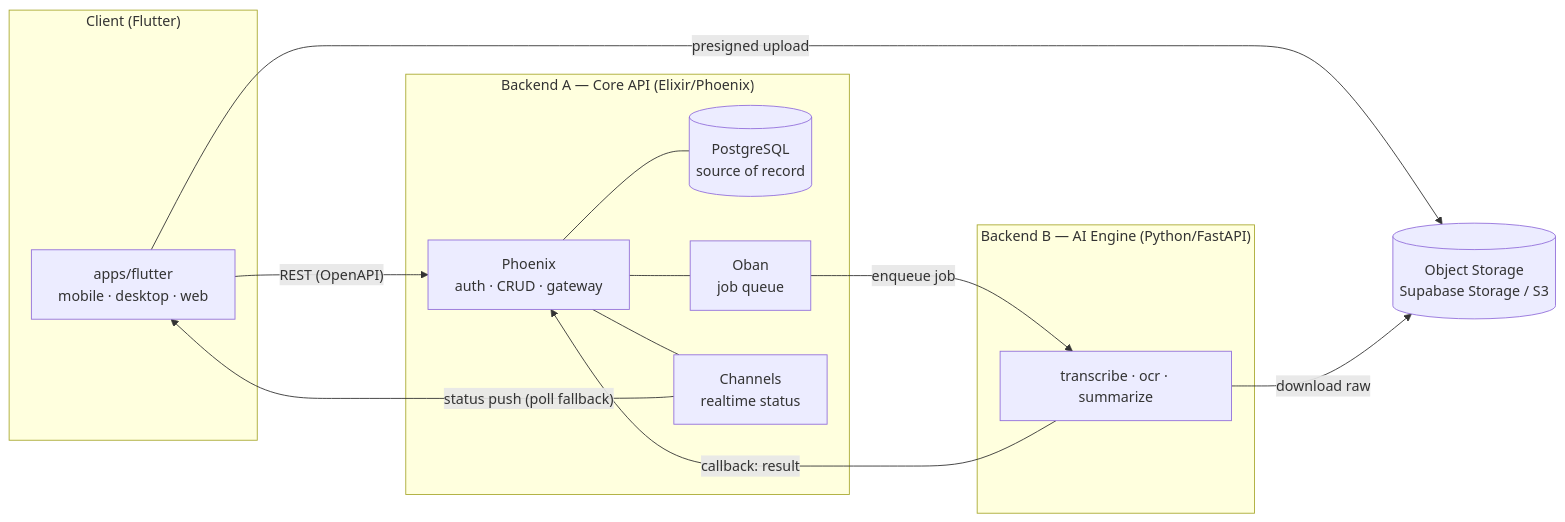
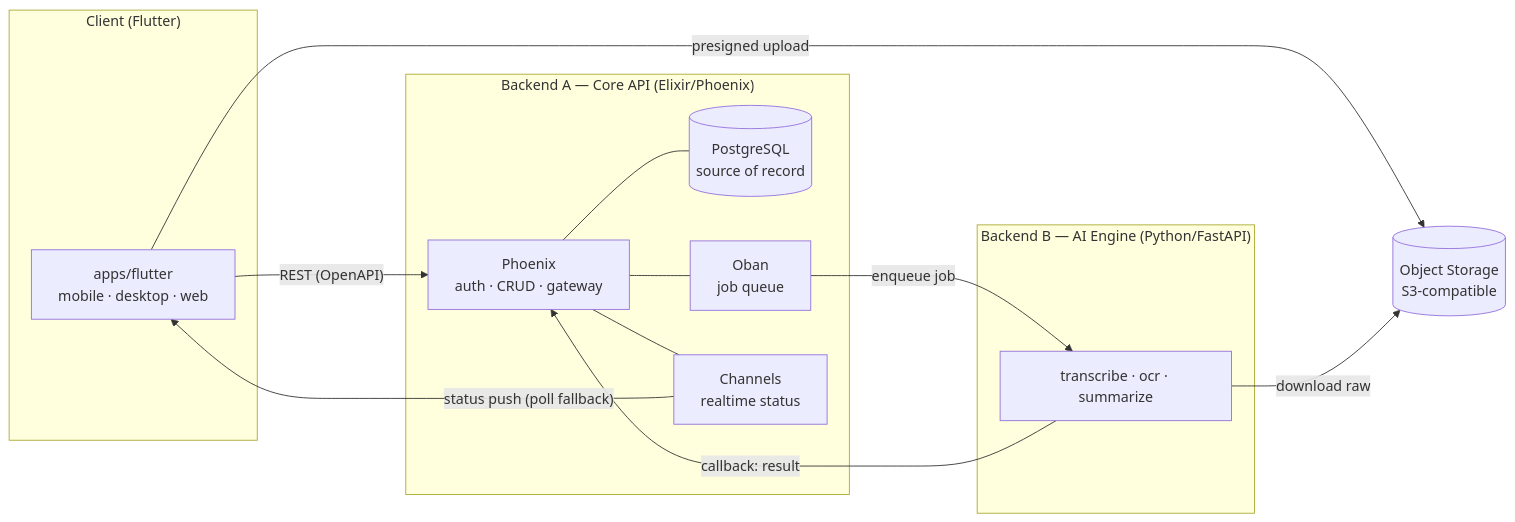
The first of 2 diagrams in .docs/internal/architecture.md (matome-org/matome-app), drawn with Mermaid before and after one commit. The commit also changed other lines of this file and 9 other files, not shown here.

First line of the commit message:
docs: update architecture, encryption and retention docs

````diff
--- a/.docs/internal/architecture.md
+++ b/.docs/internal/architecture.md
@@ -32,25 +32,25 @@
 ```mermaid
 flowchart LR
   subgraph Client["Client (Flutter)"]
     F[apps/flutter\nmobile · desktop · web]
   end
   subgraph Core["Backend A — Core API (Elixir/Phoenix)"]
     PH[Phoenix\nauth · CRUD · gateway]
     PG[(PostgreSQL\nsource of record)]
     OB[Oban\njob queue]
     CH[Channels\nrealtime status]
   end
-  ST[(Object Storage\nSupabase Storage / S3)]
+  ST[(Object Storage\nS3-compatible)]
   subgraph AI["Backend B — AI Engine (Python/FastAPI)"]
     P[transcribe · ocr · summarize]
   end
   F -- "REST (OpenAPI)" --> PH
   F -- "presigned upload" --> ST
   PH --- PG
   PH --- OB
   PH --- CH
   OB -- "enqueue job" --> P
   P -- "download raw" --> ST
   P -- "callback: result" --> PH
   CH -- "status push (poll fallback)" --> F
 ```
````
